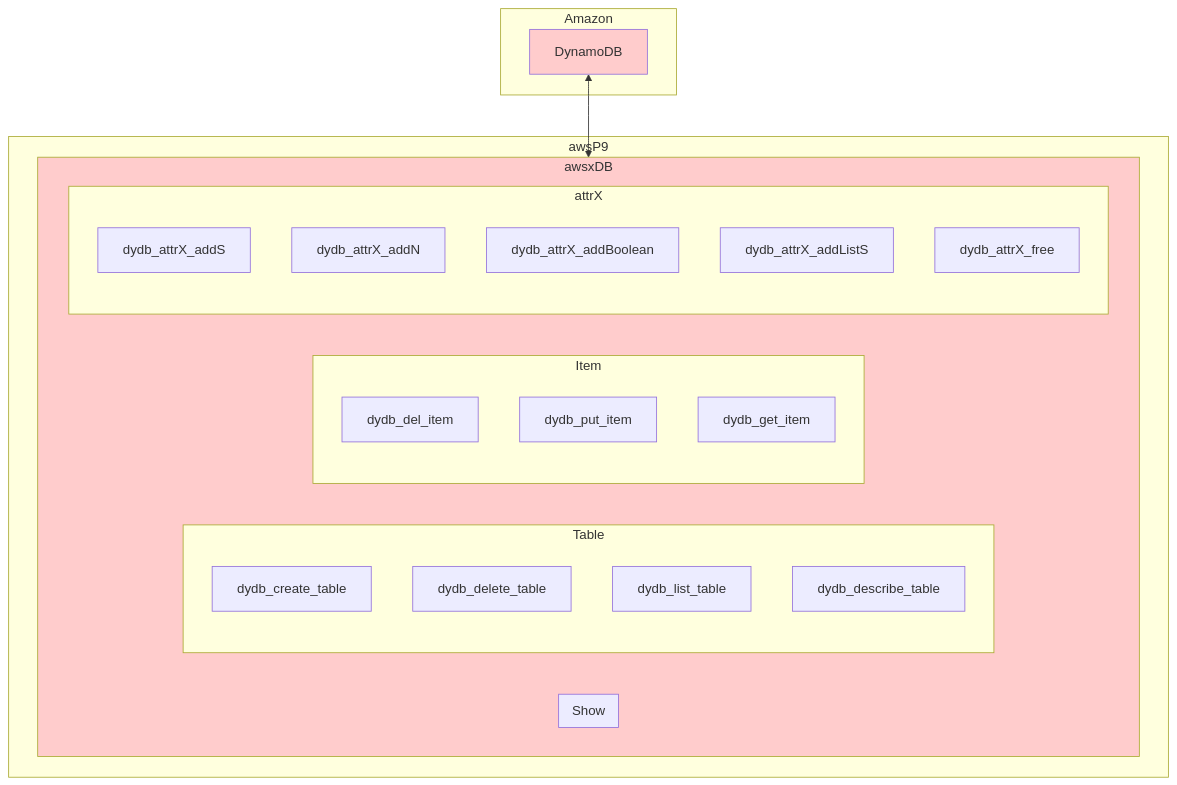
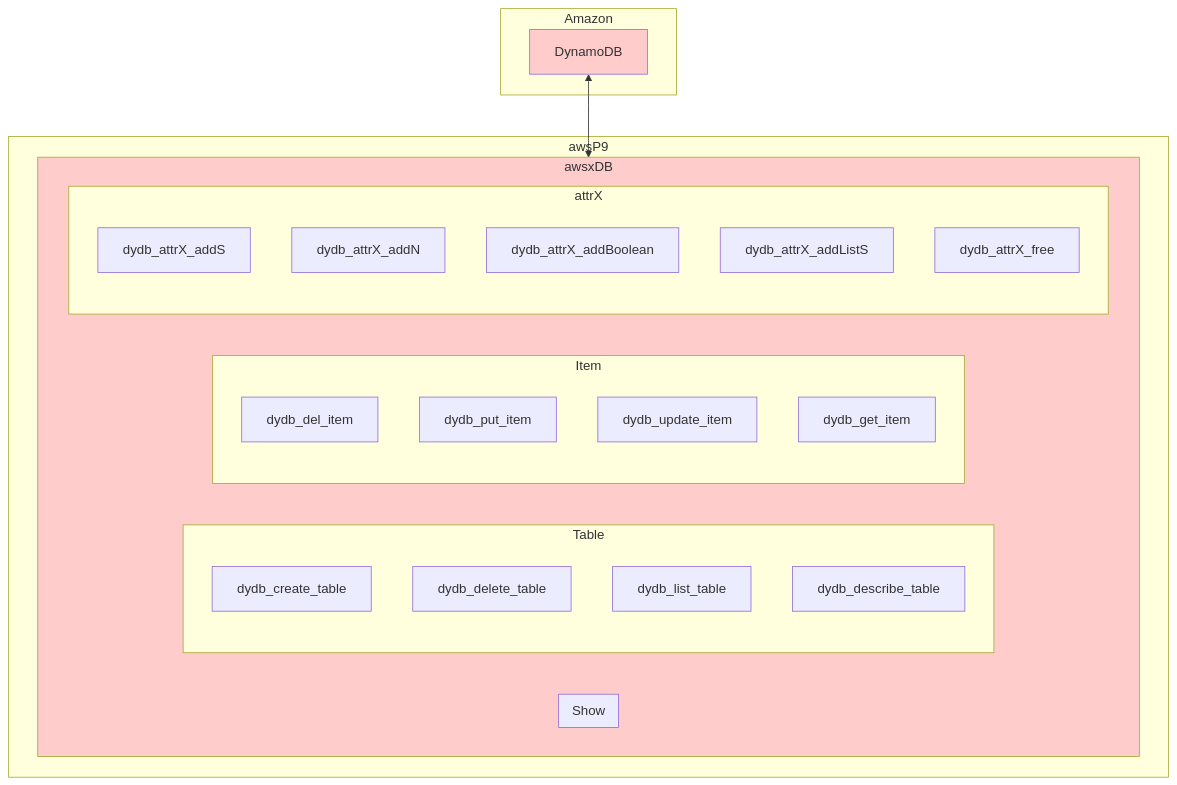
One commit to lankahsu520/awsP9 changed the first of 2 diagrams in README.md. Above: the diagram before and after it, drawn with Mermaid. The commit also changed 2 other files, not shown here.

Commit message:
for DynamoDB, add dydb_update_item

````diff
--- a/README.md
+++ b/README.md
@@ -15,50 +15,50 @@
 ```mermaid
 flowchart TD
 	subgraph Amazon
 		DynamoDB
 	end
 
 	subgraph awsP9
 		subgraph awsxDB
 			subgraph Show
 				
 
 
 
 			end
 			subgraph Table
 				dydb_create_table
 				dydb_delete_table
 				dydb_list_table
 				dydb_describe_table
 			end
 
 			subgraph Item
 				dydb_del_item
 				dydb_put_item
-
+				dydb_update_item
 
 				dydb_get_item
 
 
 			end
 			
 			subgraph attrX
 				dydb_attrX_addS
 				dydb_attrX_addN
 				dydb_attrX_addBoolean
 				dydb_attrX_addListS
 				dydb_attrX_free
 			end
 		end
 	end
 	DynamoDB <--> awsxDB
 
 	classDef yellow fill:#FFFFCC
 	classDef pink fill:#FFCCCC
 	classDef blue fill:#0000FF
 	classDef lightblue fill:#ADD8E6
 
 	class DynamoDB pink
 	class awsxDB pink
 ```
````
